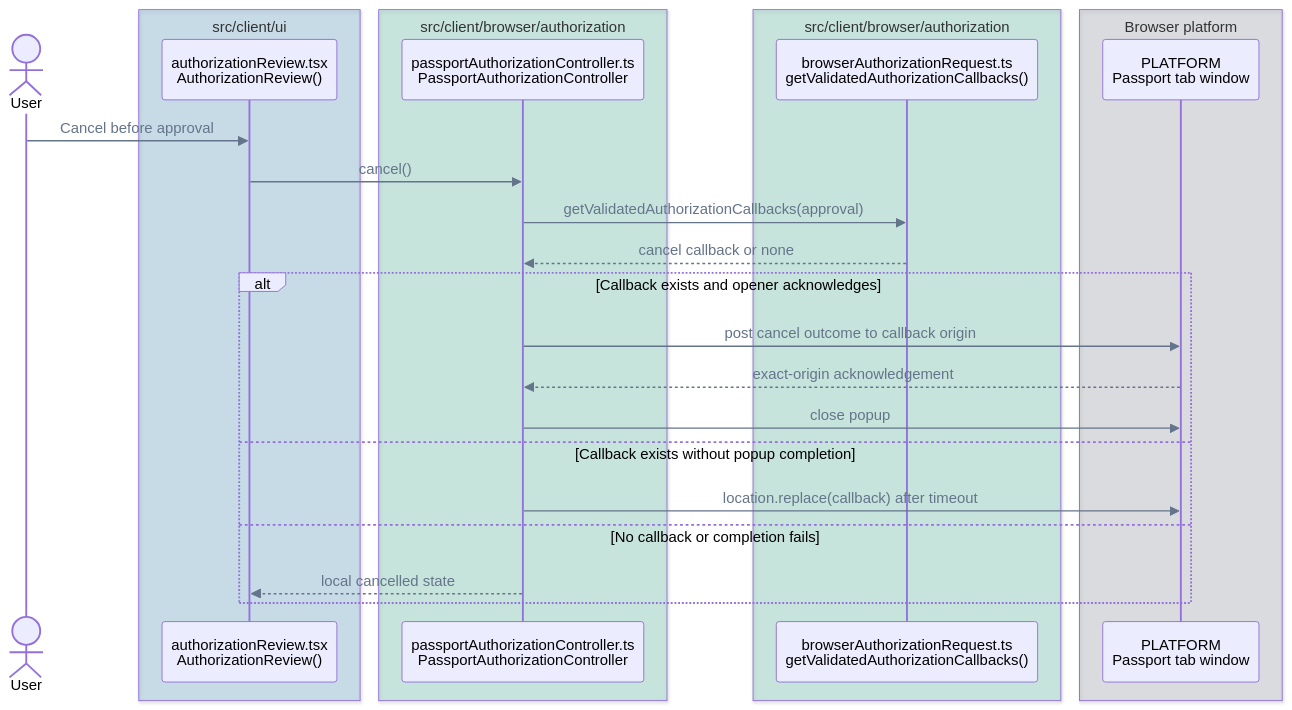
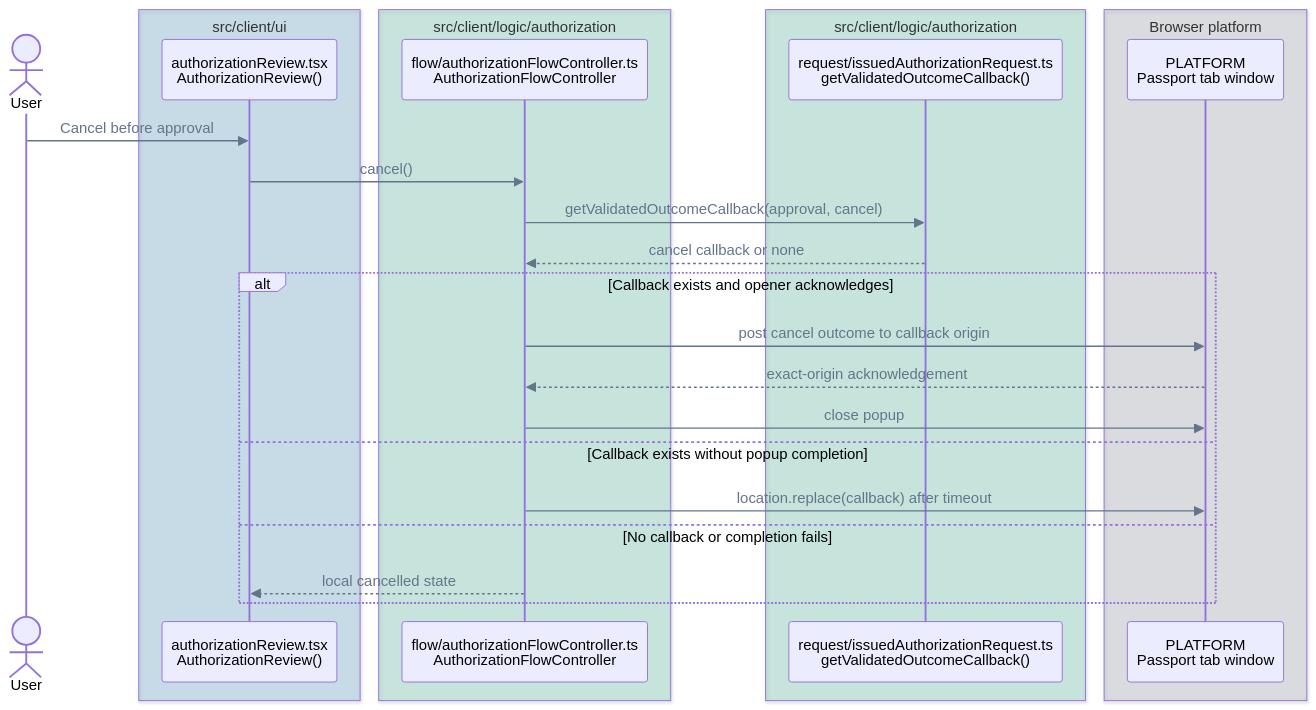
The sixth of 14 diagrams in FLOWS.md (pubky/pubky-passport), drawn with Mermaid before and after one commit. The commit also changed other lines of this file and 51 other files, not shown here.

````diff
--- a/FLOWS.md
+++ b/FLOWS.md
@@ -265,33 +265,33 @@
 ```mermaid
 %%{init: {"themeVariables": {"signalColor": "#64748B", "signalTextColor": "#64748B"}}}%%
 sequenceDiagram
     accTitle: Authorization cancellation call flow
     accDescr: Cancellation retrieves only the browser-owned validated cancel callback and closes a popup, redirects, or renders a local cancelled state without restoring a key.
     actor User
     box rgba(0, 114, 178, 0.18) src/client/ui
         participant Review as authorizationReview.tsx<br/>AuthorizationReview()
     end
-    box rgba(0, 158, 115, 0.18) src/client/browser/authorization
-        participant Controller as passportAuthorizationController.ts<br/>PassportAuthorizationController
+    box rgba(0, 158, 115, 0.18) src/client/logic/authorization
+        participant Controller as flow/authorizationFlowController.ts<br/>AuthorizationFlowController
     end
-    box rgba(0, 158, 115, 0.18) src/client/browser/authorization
-        participant Callbacks as browserAuthorizationRequest.ts<br/>getValidatedAuthorizationCallbacks()
+    box rgba(0, 158, 115, 0.18) src/client/logic/authorization
+        participant Callbacks as request/issuedAuthorizationRequest.ts<br/>getValidatedOutcomeCallback()
     end
     box rgba(107, 114, 128, 0.18) Browser platform
         participant Window as PLATFORM<br/>Passport tab window
     end
 
     User->>Review: Cancel before approval
     Review->>Controller: cancel()
-    Controller->>Callbacks: getValidatedAuthorizationCallbacks(approval)
+    Controller->>Callbacks: getValidatedOutcomeCallback(approval, cancel)
     Callbacks-->>Controller: cancel callback or none
     alt Callback exists and opener acknowledges
         Controller->>Window: post cancel outcome to callback origin
         Window-->>Controller: exact-origin acknowledgement
         Controller->>Window: close popup
     else Callback exists without popup completion
         Controller->>Window: location.replace(callback) after timeout
     else No callback or completion fails
         Controller-->>Review: local cancelled state
     end
 ```
````
